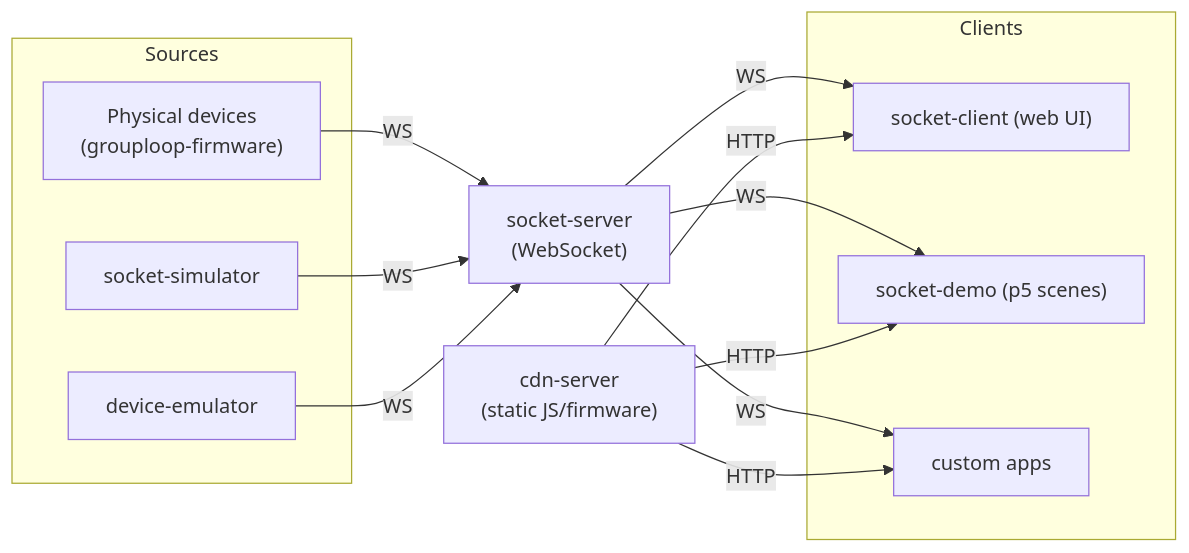
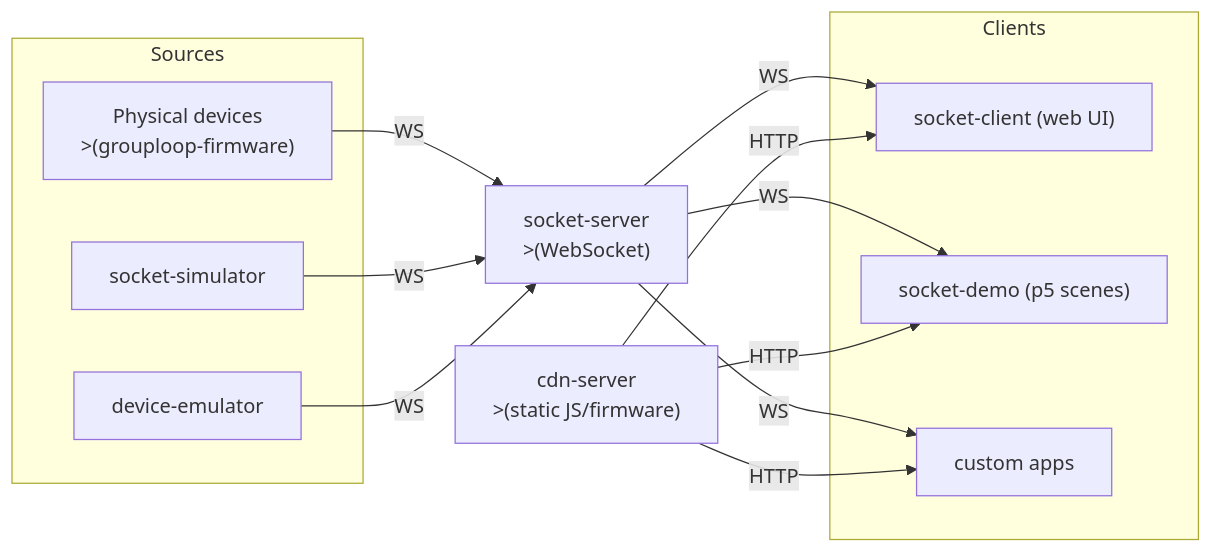
Before and after one commit to responsibleIT/hitloop-hardware-websocket: the third of 4 diagrams in documentation/docs/index.md, drawn with Mermaid. The commit also changed other lines of this file and 29 other files, not shown here.

````diff
--- a/documentation/docs/index.md
+++ b/documentation/docs/index.md
@@ -45,29 +112,29 @@
 ```mermaid
 flowchart LR
   subgraph Clients
     C1["socket-client (web UI)"]
     C2["socket-demo (p5 scenes)"]
     C3["custom apps"]
   end
 
   subgraph Sources
-    D1["Physical devices\n(grouploop-firmware)"]
+    D1["Physical devices<br>>(grouploop-firmware)"]
     S1["socket-simulator"]
     E1["device-emulator"]
   end
 
-  WS["socket-server\n(WebSocket)"]
-  CDN["cdn-server\n(static JS/firmware)"]
+  WS["socket-server<br>>(WebSocket)"]
+  CDN["cdn-server<br>>(static JS/firmware)"]
 
   D1 -- WS --> WS
   S1 -- WS --> WS
   E1 -- WS --> WS
 
   WS -- WS --> C1
   WS -- WS --> C2
   WS -- WS --> C3
 
   CDN -- HTTP --> C1
   CDN -- HTTP --> C2
   CDN -- HTTP --> C3
 ```
````
